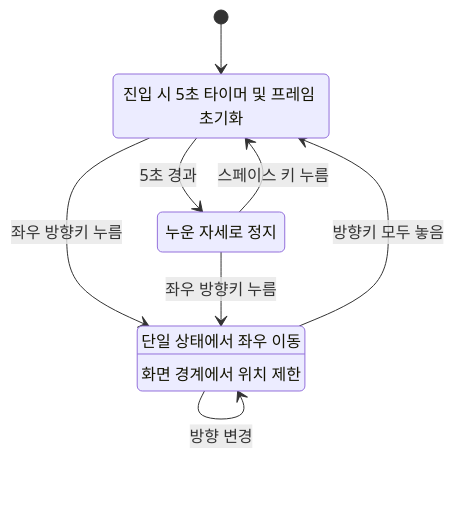
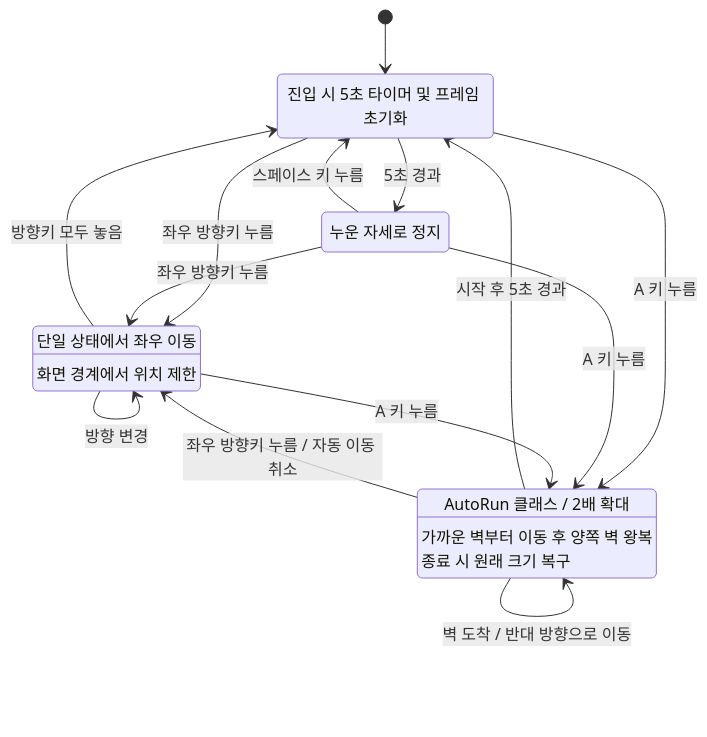
Before and after one commit to GHL326/Drill11: the diagram in state_diagram.md, drawn with Mermaid. The commit also changed other lines of this file, not shown here.

Commit message:
다이어그램: AUTORUN 확대와 왕복 및 종료 조건 완성

````diff
--- a/state_diagram.md
+++ b/state_diagram.md
@@ -3,14 +3,23 @@
 ```mermaid
 stateDiagram-v2
     [*] --> IDLE
     IDLE: 진입 시 5초 타이머 및 프레임 초기화
     SLEEP: 누운 자세로 정지
     IDLE --> SLEEP: 5초 경과
     SLEEP --> IDLE: 스페이스 키 누름
     RUN: 단일 상태에서 좌우 이동
     RUN: 화면 경계에서 위치 제한
     IDLE --> RUN: 좌우 방향키 누름
     RUN --> RUN: 방향 변경
     RUN --> IDLE: 방향키 모두 놓음
     SLEEP --> RUN: 좌우 방향키 누름
+    AUTORUN: AutoRun 클래스 / 2배 확대
+    AUTORUN: 가까운 벽부터 이동 후 양쪽 벽 왕복
+    AUTORUN: 종료 시 원래 크기 복구
+    IDLE --> AUTORUN: A 키 누름
+    SLEEP --> AUTORUN: A 키 누름
+    RUN --> AUTORUN: A 키 누름
+    AUTORUN --> AUTORUN: 벽 도착 / 반대 방향으로 이동
+    AUTORUN --> IDLE: 시작 후 5초 경과
+    AUTORUN --> RUN: 좌우 방향키 누름 / 자동 이동 취소
 ```
````
